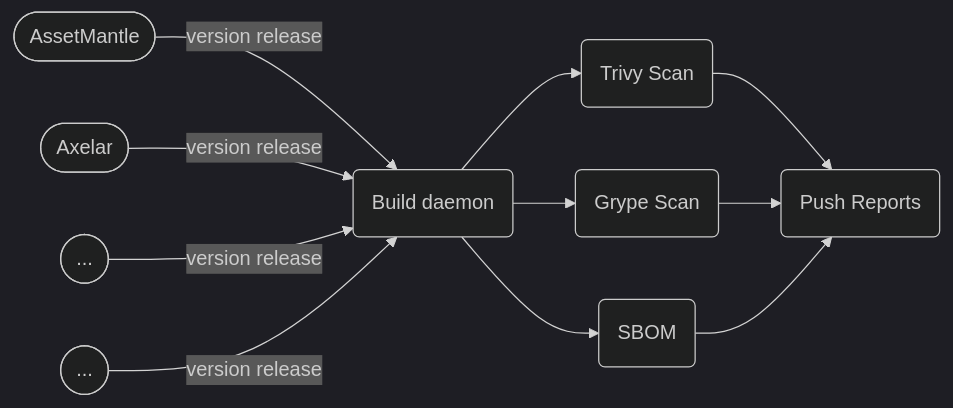
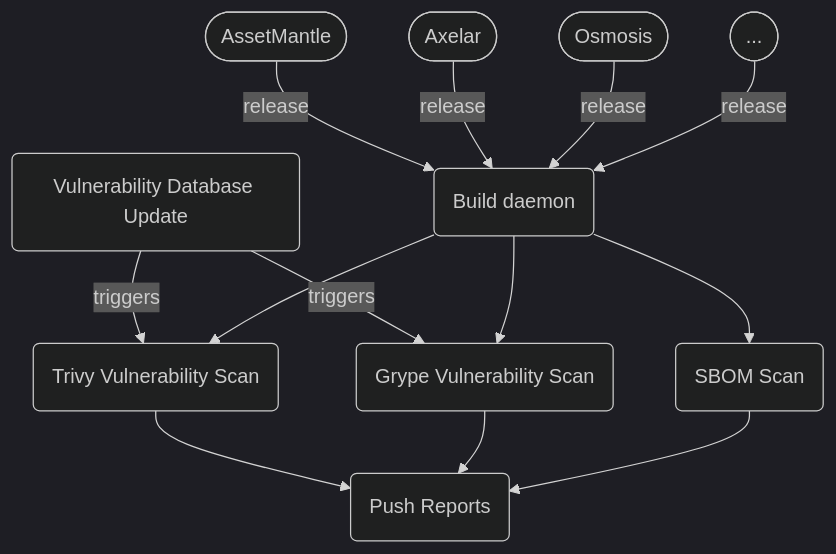
Before and after one commit to pratikbin/chain-reports: the diagram in README.md, drawn with Mermaid (dark theme). The commit also changed other lines of this file, not shown here.

Commit message:
docs: fix chart

````diff
--- a/README.md
+++ b/README.md
@@ -3,18 +3,19 @@
 ```mermaid
 
-flowchart LR
+flowchart TB
+  A([AssetMantle]) -->|release| cib(Build daemon)
+  B([Axelar]) -->|release| cib
+  C([Osmosis]) -->|release| cib
+  D([...]) -->|release| cib
 
-  A([AssetMantle]) -->|version release| cib(Build daemon)
-  B([Axelar]) -->|version release| cib(Build daemon)
-  C([...]) -->|version release| cib(Build daemon)
-  D([...]) -->|version release| cib(Build daemon)
+  bdu(Vulnerability Database Update) -->|triggers| ts(Trivy Vulnerability Scan)
+  bdu -->|triggers| gs(Grype Vulnerability Scan)
+  cib --> ts
+  cib --> gs
+  cib --> sbom(SBOM Scan)
 
- cib(Build daemon) --> ts(Trivy Scan)
- cib(Build daemon) --> gs(Grype Scan)
- cib(Build daemon) --> sbom(SBOM)
-
-  ts(Trivy Scan) --> pr(Push Reports)
-  gs(Grype Scan) --> pr(Push Reports)
-  sbom(SBOM) --> pr(Push Reports)
+  ts --> pr(Push Reports)
+  gs --> pr
+  sbom --> pr
 
 ```
````
